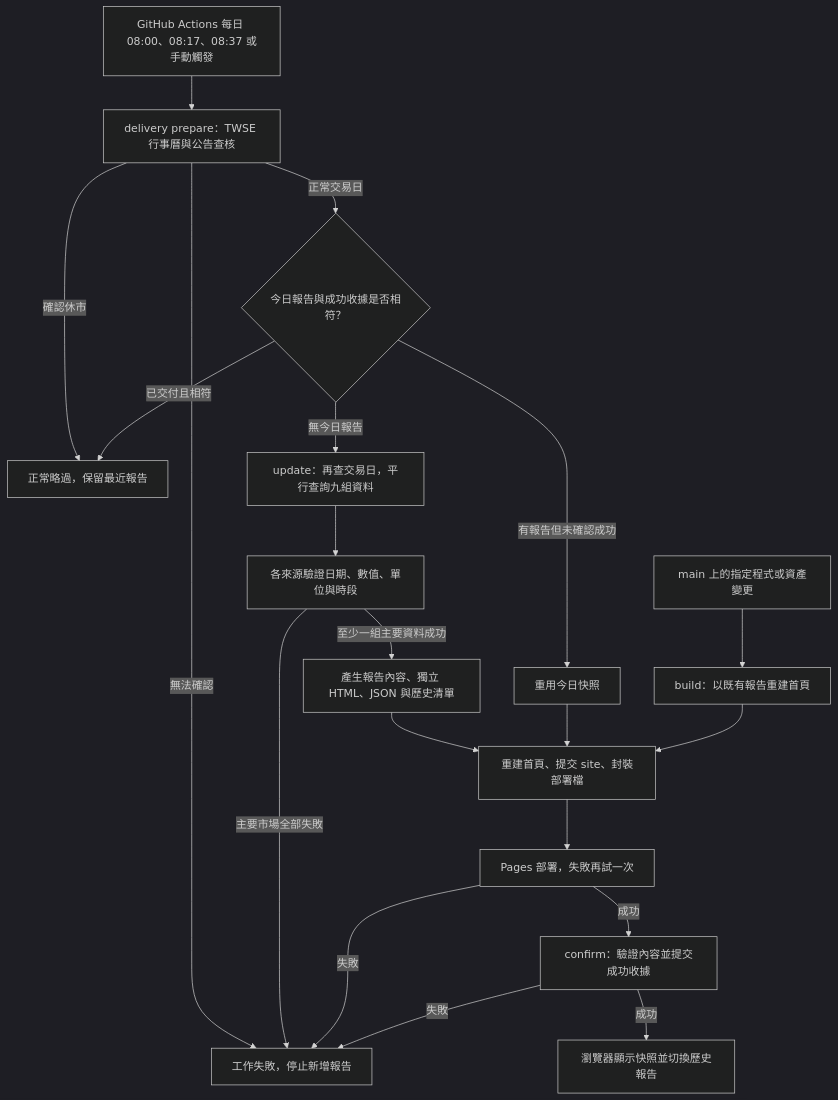
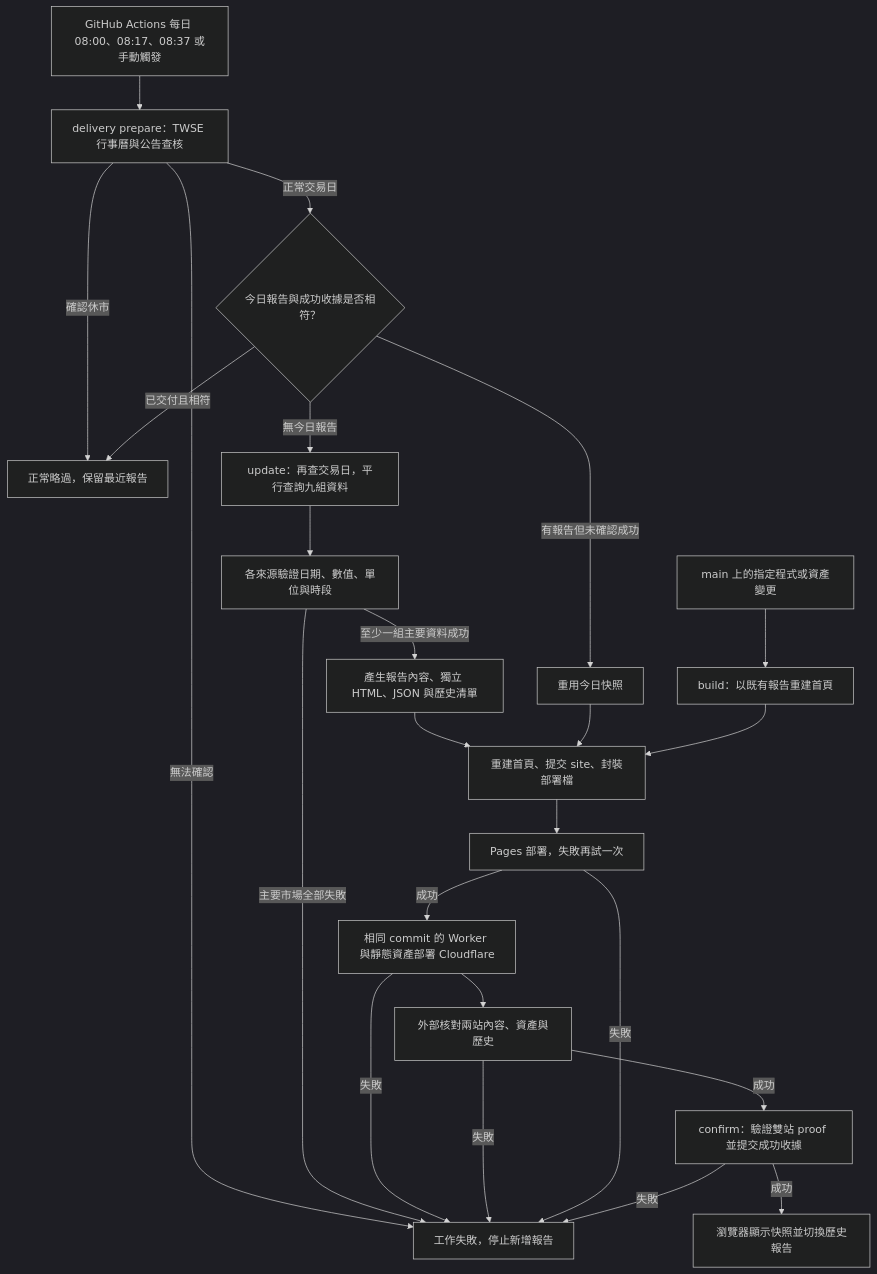
The diagram in docs/ARCHITECTURE.md (cjw9223233/PMOT), drawn with Mermaid (dark theme) before and after one commit. The commit also changed other lines of this file and 20 other files, not shown here.

Commit message:
Publish latest report on Cloudflare and verify both website deployments (#10)

````diff
--- a/docs/ARCHITECTURE.md
+++ b/docs/ARCHITECTURE.md
@@ -11,22 +13,26 @@
 ```mermaid
 flowchart TD
     A[GitHub Actions 每日 08:00、08:17、08:37 或手動觸發] --> B[delivery prepare：TWSE 行事曆與公告查核]
     B -->|確認休市| C[正常略過，保留最近報告]
     B -->|無法確認| D[工作失敗，停止新增報告]
     B -->|正常交易日| CHECK{今日報告與成功收據是否相符？}
     CHECK -->|已交付且相符| C
     CHECK -->|有報告但未確認成功| REUSE[重用今日快照]
     CHECK -->|無今日報告| E[update：再查交易日，平行查詢九組資料]
     E --> F[各來源驗證日期、數值、單位與時段]
     F -->|主要市場全部失敗| D
     F -->|至少一組主要資料成功| G[產生報告內容、獨立 HTML、JSON 與歷史清單]
     G --> H[重建首頁、提交 site、封裝部署檔]
     REUSE --> H
     H --> I[Pages 部署，失敗再試一次]
-    I -->|成功| RECEIPT[confirm：驗證內容並提交成功收據]
+    I -->|成功| CF[相同 commit 的 Worker 與靜態資產部署 Cloudflare]
+    CF --> VERIFY[外部核對兩站內容、資產與歷史]
+    VERIFY -->|成功| RECEIPT[confirm：驗證雙站 proof 並提交成功收據]
+    CF -->|失敗| D
+    VERIFY -->|失敗| D
     I -->|失敗| D
     RECEIPT -->|失敗| D
     RECEIPT -->|成功| J[瀏覽器顯示快照並切換歷史報告]
     K[main 上的指定程式或資產變更] --> L[build：以既有報告重建首頁]
     L --> H
 ```
````
